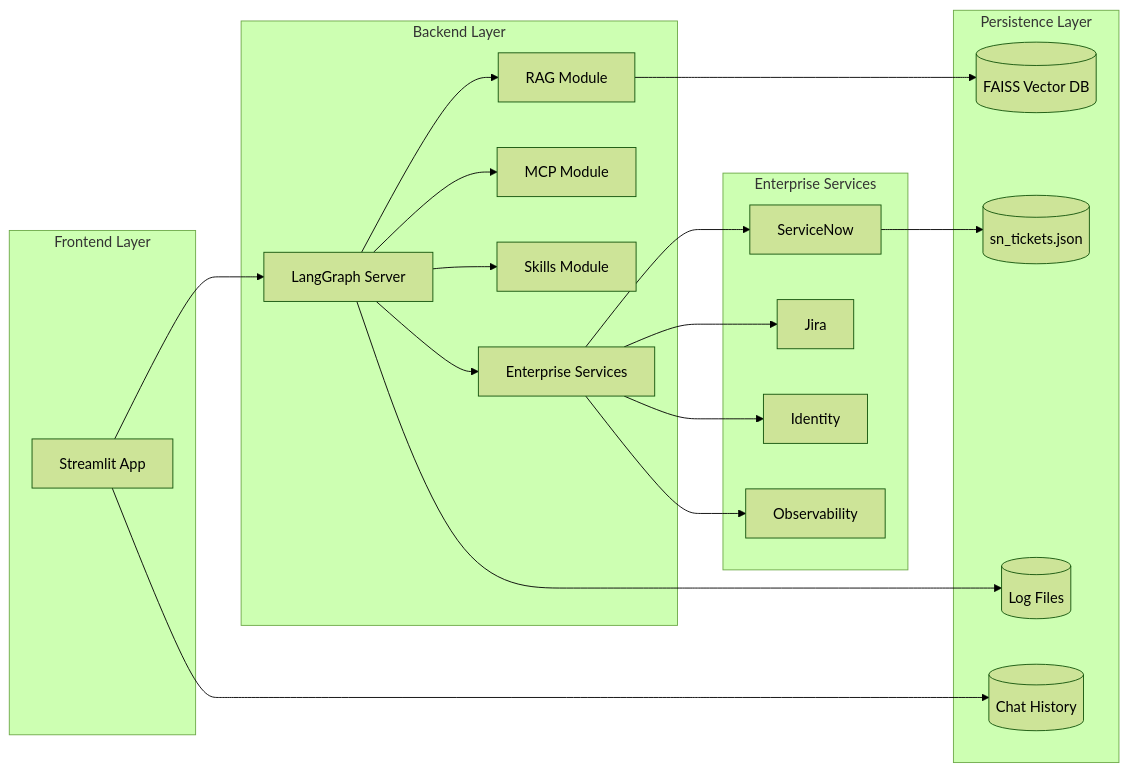
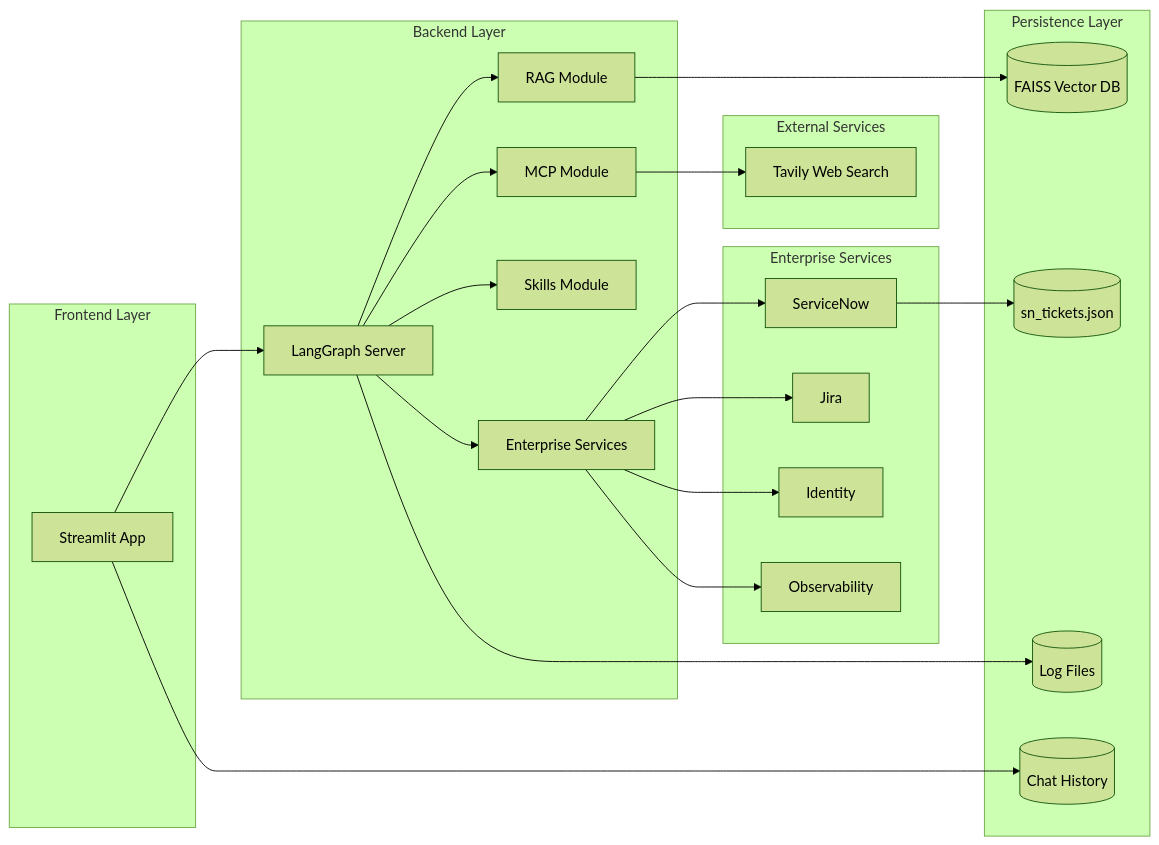
The diagram in PROJECT_DESCRIPTION.md (yongkui/project-aero), drawn with Mermaid (forest theme) before and after one commit.

Commit message:
docs: Add Tavily Web Search to architecture diagram
- Add External Services subgraph with Tavily Web Search
- Connect MCP Module to Tavily Web Search
- Update node labels for consistency

````diff
--- a/PROJECT_DESCRIPTION.md
+++ b/PROJECT_DESCRIPTION.md
@@ -26,38 +26,42 @@
 ```mermaid
 graph LR
     subgraph Frontend Layer
         A[Streamlit App]
     end
     subgraph Backend Layer
         B[LangGraph Server]
         C[RAG Module]
         D[MCP Module]
         E[Skills Module]
         F[Enterprise Services]
     end
+    subgraph External Services
+        G[Tavily Web Search]
+    end
     subgraph Enterprise Services
-        G[ServiceNow]
-        H[Jira]
-        I[Identity]
-        J[Observability]
+        H[ServiceNow]
+        I[Jira]
+        J[Identity]
+        K[Observability]
     end
     subgraph Persistence Layer
-        K[(FAISS Vector DB)]
-        L[(sn_tickets.json)]
-        M[(Chat History)]
-        N[(Log Files)]
+        L[(FAISS Vector DB)]
+        M[(sn_tickets.json)]
+        N[(Chat History)]
+        O[(Log Files)]
     end
     A --> B
     B --> C
     B --> D
     B --> E
     B --> F
-    F --> G
+    D --> G
     F --> H
     F --> I
     F --> J
-    C --> K
-    G --> L
-    A --> M
-    B --> N
+    F --> K
+    C --> L
+    H --> M
+    A --> N
+    B --> O
 ```
````
